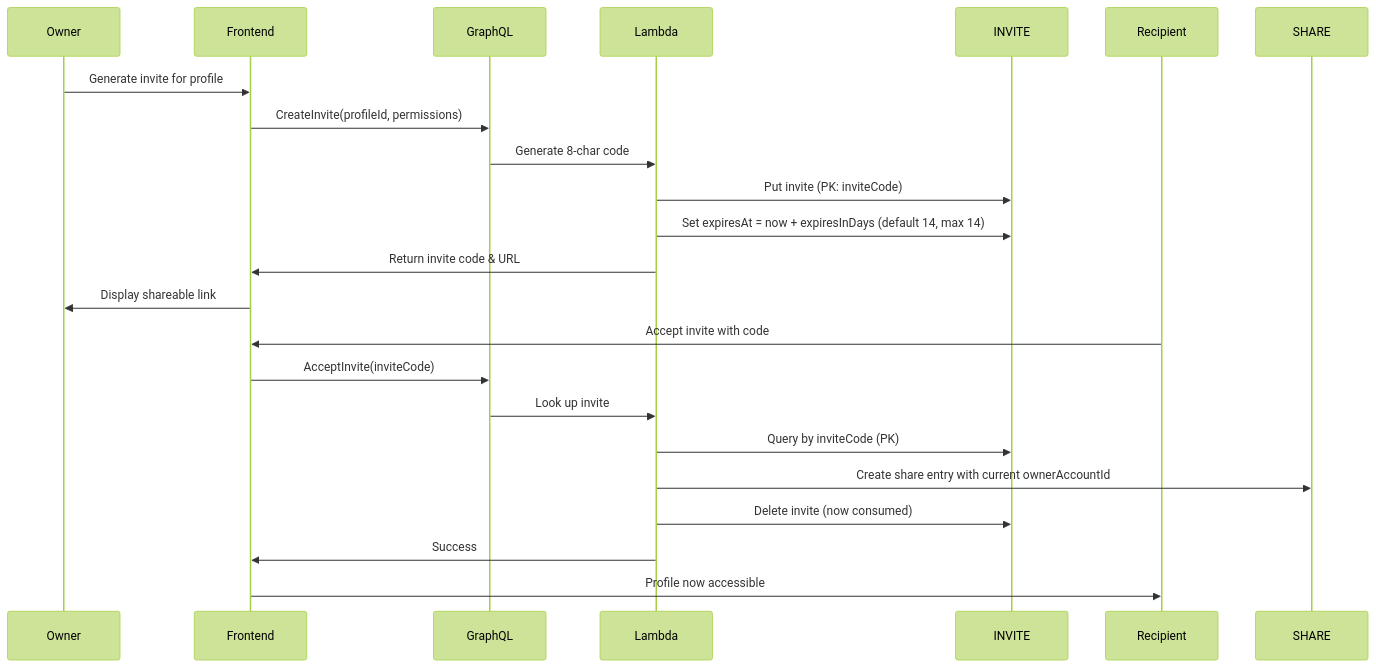
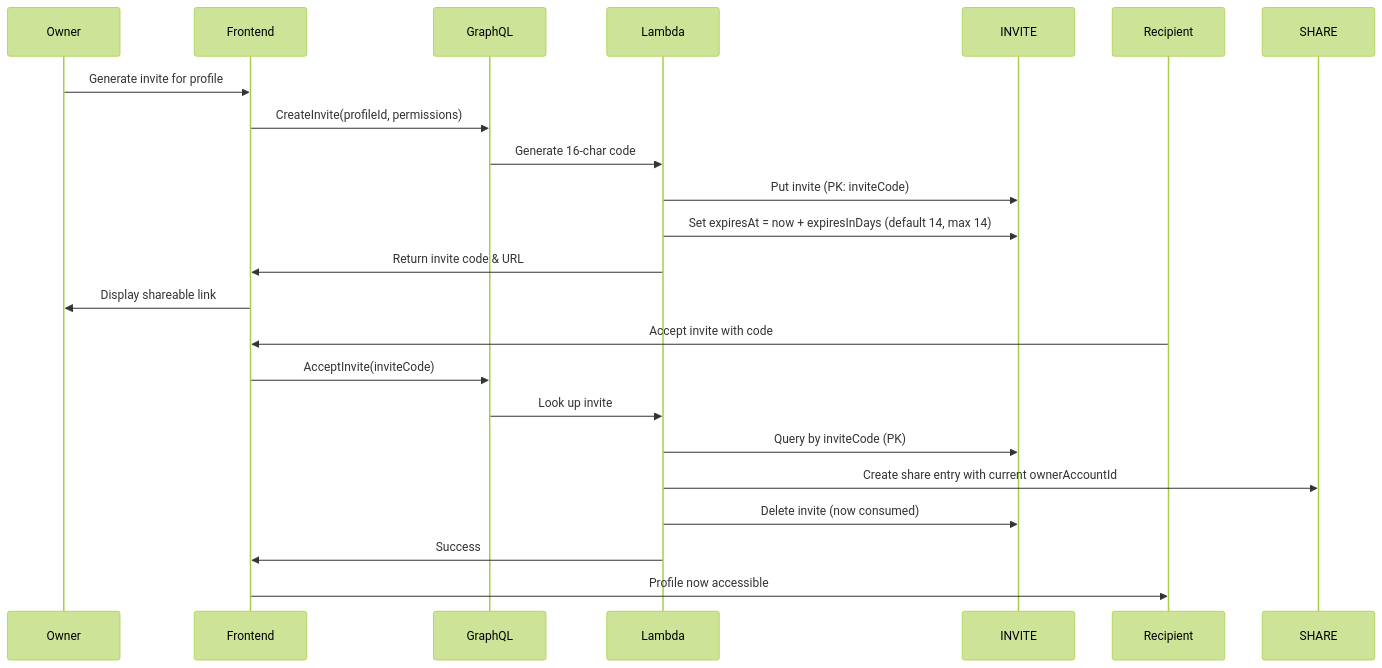
Before and after one commit to dmeiser/kernelworx: the seventh of 13 diagrams in docs/SCHEMA.md, drawn with Mermaid (forest theme). The commit also changed other lines of this file and 5 other files, not shown here.

````diff
--- a/docs/SCHEMA.md
+++ b/docs/SCHEMA.md
@@ -241,19 +241,19 @@
 ```mermaid
 sequenceDiagram
     Owner->>Frontend: Generate invite for profile
     Frontend->>GraphQL: CreateInvite(profileId, permissions)
-    GraphQL->>Lambda: Generate 8-char code
+    GraphQL->>Lambda: Generate 16-char code
     Lambda->>INVITE: Put invite (PK: inviteCode)
     Lambda->>INVITE: Set expiresAt = now + expiresInDays (default 14, max 14)
     Lambda->>Frontend: Return invite code & URL
     Frontend->>Owner: Display shareable link
     
     Recipient->>Frontend: Accept invite with code
     Frontend->>GraphQL: AcceptInvite(inviteCode)
     GraphQL->>Lambda: Look up invite
     Lambda->>INVITE: Query by inviteCode (PK)
     Lambda->>SHARE: Create share entry with current ownerAccountId
     Lambda->>INVITE: Delete invite (now consumed)
     Lambda->>Frontend: Success
     Frontend->>Recipient: Profile now accessible
 ```
````
